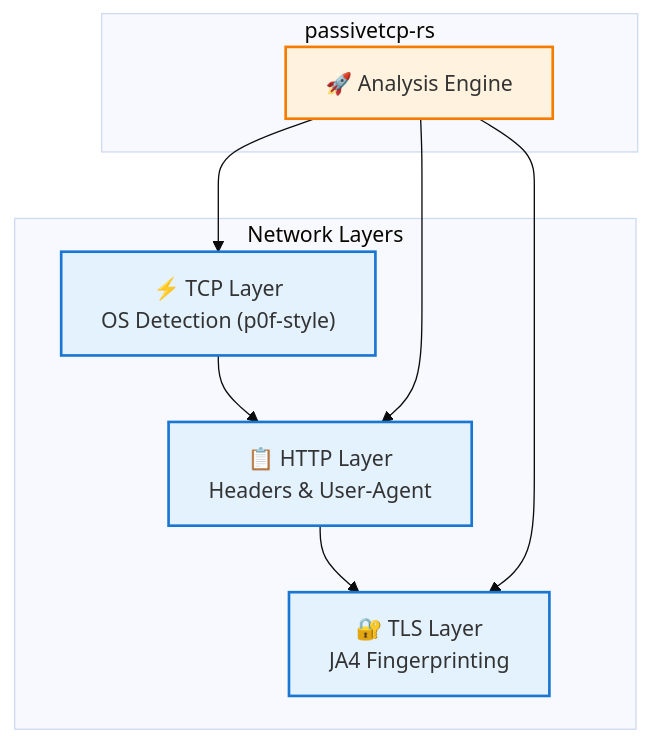
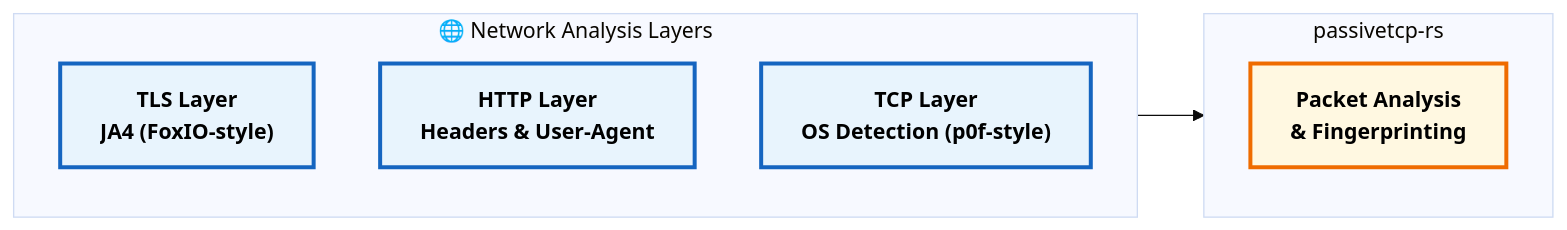
Before and after one commit to biandratti/huginn-net: the diagram in README.md, drawn with Mermaid (base theme).

````diff
--- a/README.md
+++ b/README.md
@@ -30,24 +30,23 @@
 ```mermaid
-graph TB
-    subgraph "Network Layers"
-        TLS["🔐 TLS Layer<br/>JA4 Fingerprinting"]
-        HTTP["📋 HTTP Layer<br/>Headers & User-Agent"]
-        TCP["⚡ TCP Layer<br/>OS Detection (p0f-style)"]
+flowchart LR
+    subgraph layers ["🌐 Network Analysis Layers"]
+        direction TB
+        TLS["TLS Layer<br/>JA4 (FoxIO-style)"]
+        HTTP["HTTP Layer<br/>Headers & User-Agent"]  
+        TCP["TCP Layer<br/>OS Detection (p0f-style)"]
     end
     
-    subgraph "passivetcp-rs"
-        ENGINE["🚀 Analysis Engine"]
+    subgraph engine ["passivetcp-rs"]
+        direction TB
+        ANALYZER["Packet Analysis<br/>& Fingerprinting"]
     end
     
-    TCP --> HTTP
-    HTTP --> TLS
-    ENGINE --> TCP
-    ENGINE --> HTTP
-    ENGINE --> TLS
+    %% Clean horizontal connections
+    layers --> engine
     
-    classDef layer fill:#e3f2fd,stroke:#1976d2,stroke-width:2px
-    classDef engine fill:#fff3e0,stroke:#f57c00,stroke-width:2px
+    classDef layerStyle fill:#e8f4fd,stroke:#1565c0,stroke-width:3px,color:#000,font-weight:bold
+    classDef engineStyle fill:#fff8e1,stroke:#ef6c00,stroke-width:3px,color:#000,font-weight:bold
     
-    class TLS,HTTP,TCP layer
-    class ENGINE engine
+    class TLS,HTTP,TCP layerStyle
+    class ANALYZER engineStyle
 ```
````
